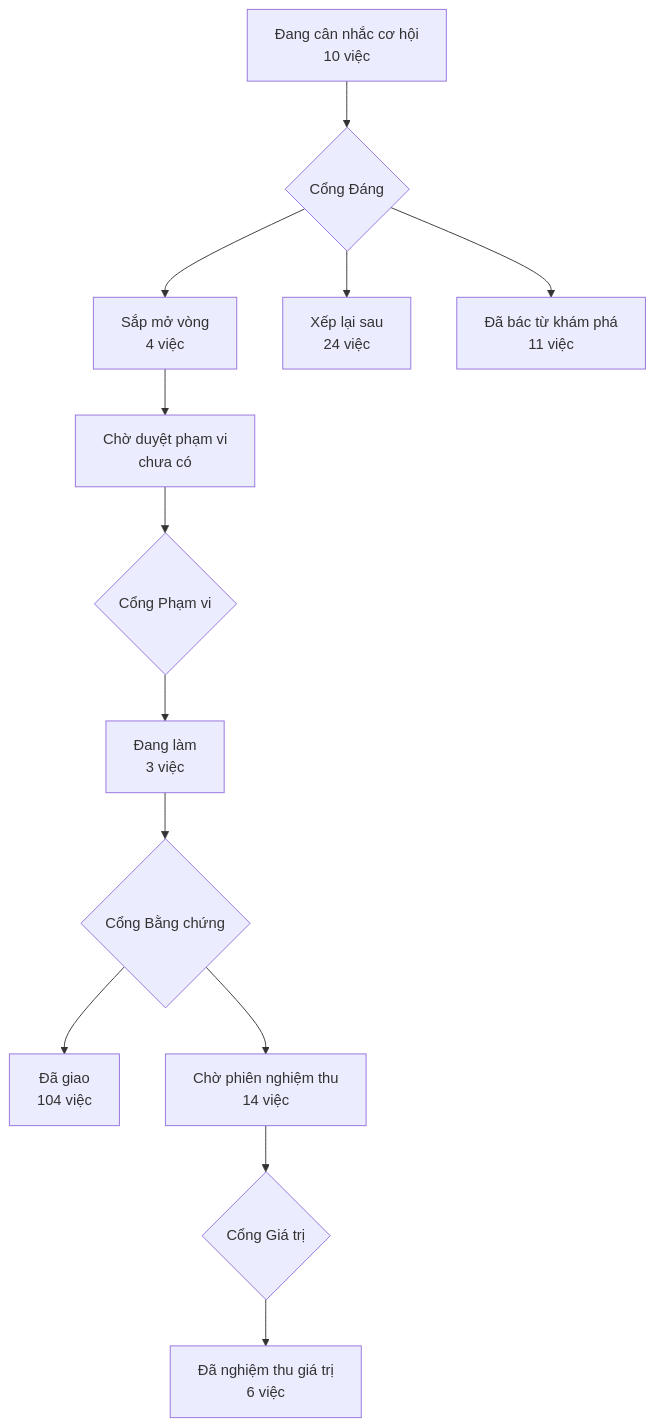
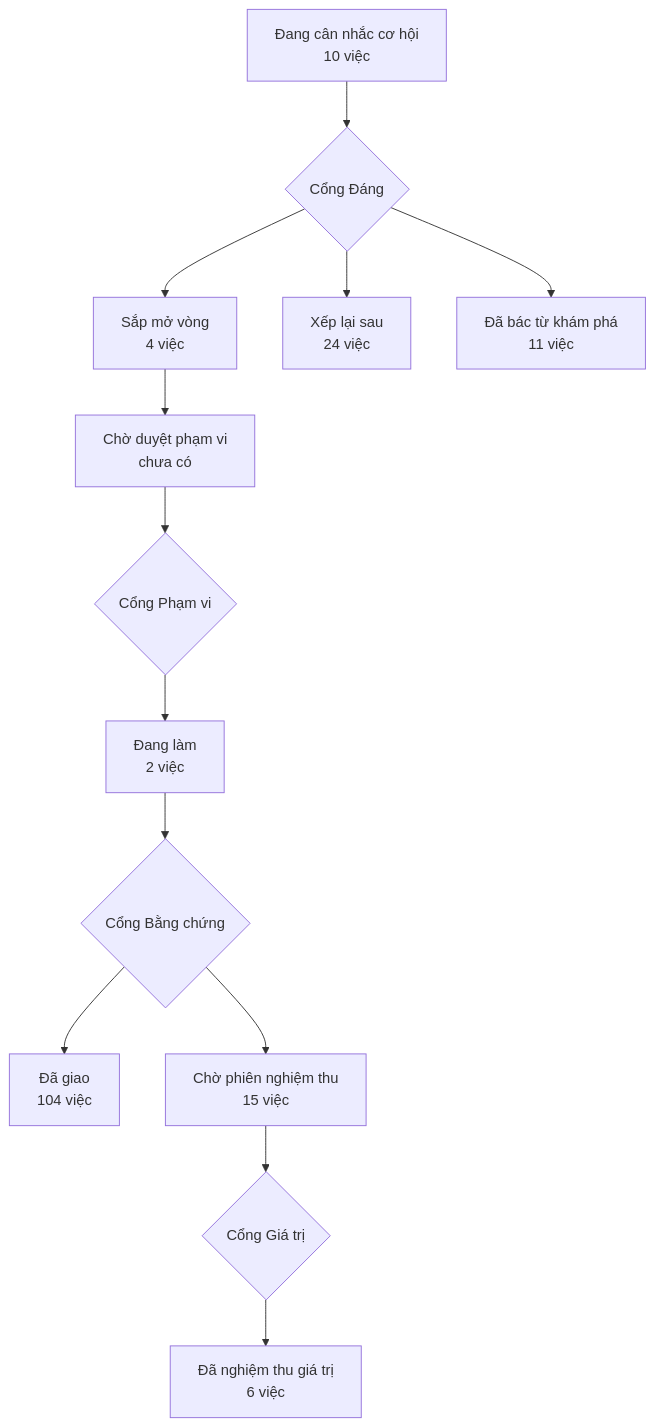
One commit to phanlemanh/acceptance-gate-kit changed the diagram in PRODUCT-MAP.md. Above: the diagram before and after it, drawn with Mermaid. The commit also changed 4 other files, not shown here.

````diff
--- a/PRODUCT-MAP.md
+++ b/PRODUCT-MAP.md
@@ -7,12 +7,12 @@
 ```mermaid
 flowchart TD
   A["Đang cân nhắc cơ hội<br/>10 việc"] --> GD{"Cổng Đáng"}
   GD --> B["Sắp mở vòng<br/>4 việc"]
   GD --> XL["Xếp lại sau<br/>24 việc"]
   GD --> DB["Đã bác từ khám phá<br/>11 việc"]
   B --> CD["Chờ duyệt phạm vi<br/>chưa có"] --> GP{"Cổng Phạm vi"}
-  GP --> DL["Đang làm<br/>3 việc"] --> GB{"Cổng Bằng chứng"}
+  GP --> DL["Đang làm<br/>2 việc"] --> GB{"Cổng Bằng chứng"}
   GB --> DG["Đã giao<br/>104 việc"]
-  GB --> CN["Chờ phiên nghiệm thu<br/>14 việc"] --> GG{"Cổng Giá trị"}
+  GB --> CN["Chờ phiên nghiệm thu<br/>15 việc"] --> GG{"Cổng Giá trị"}
   GG --> NT["Đã nghiệm thu giá trị<br/>6 việc"]
 ```
````
